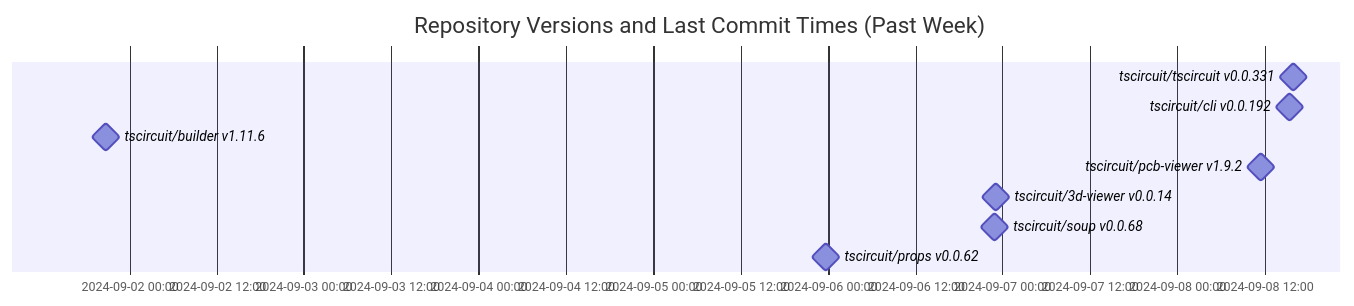
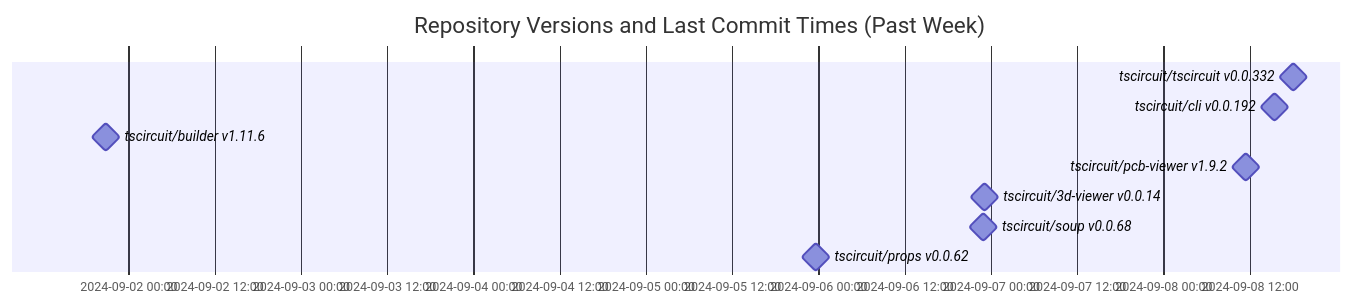
One commit to tscircuit/version-tracker changed the diagram in README.md. Above: the diagram before and after it, drawn with Mermaid.

Commit message:
Update chart

````diff
--- a/README.md
+++ b/README.md
@@ -1,14 +1,14 @@
 ```mermaid
 gantt
   dateFormat  YYYY-MM-DD HH:mm:ss
   title Repository Versions and Last Commit Times (Past Week)
   axisFormat %Y-%m-%d %H:%M
 
-  tscircuit/tscircuit v0.0.331 : milestone, 2024-09-08 15:56:12, 1s
+  tscircuit/tscircuit v0.0.332 : milestone, 2024-09-08 18:03:38, 1s
   tscircuit/cli v0.0.192 : milestone, 2024-09-08 15:23:09, 1s
   tscircuit/builder v1.11.6 : milestone, 2024-09-01 20:47:46, 1s
   tscircuit/pcb-viewer v1.9.2 : milestone, 2024-09-08 11:28:49, 1s
   tscircuit/3d-viewer v0.0.14 : milestone, 2024-09-06 23:07:26, 1s
   tscircuit/soup v0.0.68 : milestone, 2024-09-06 22:51:33, 1s
   tscircuit/props v0.0.62 : milestone, 2024-09-05 23:38:33, 1s
 ```
````
